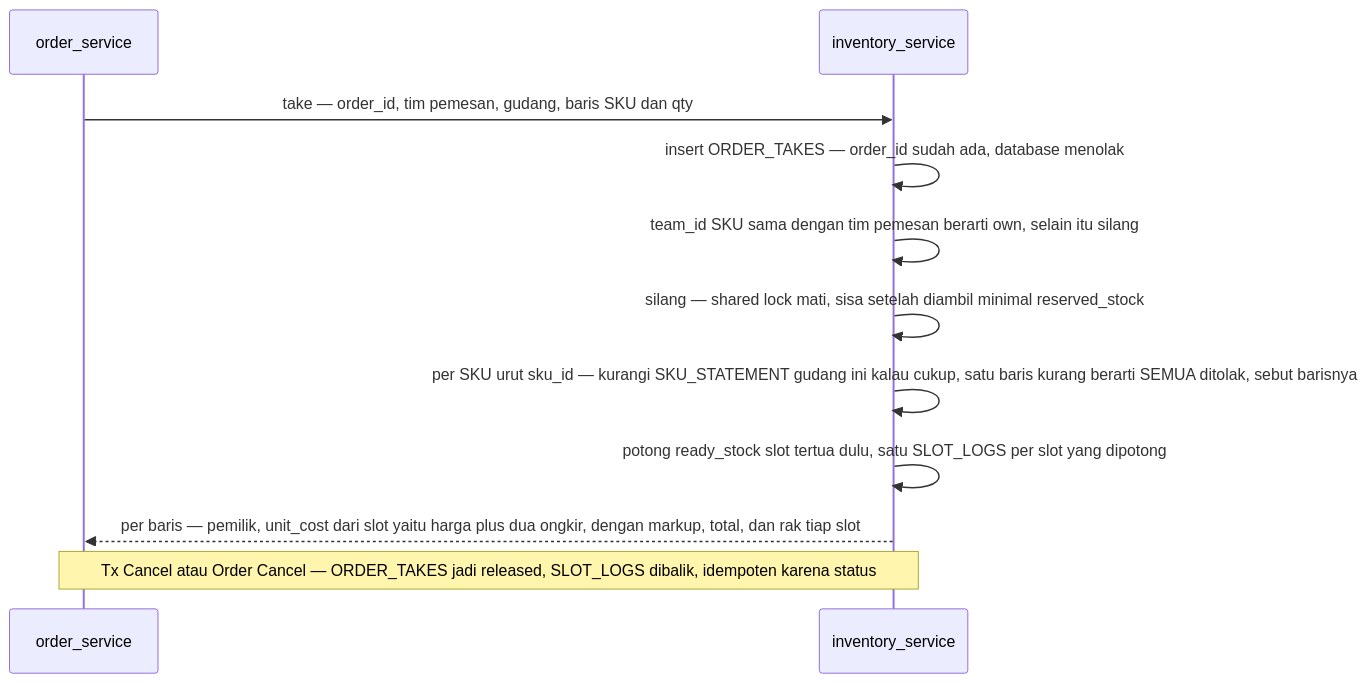
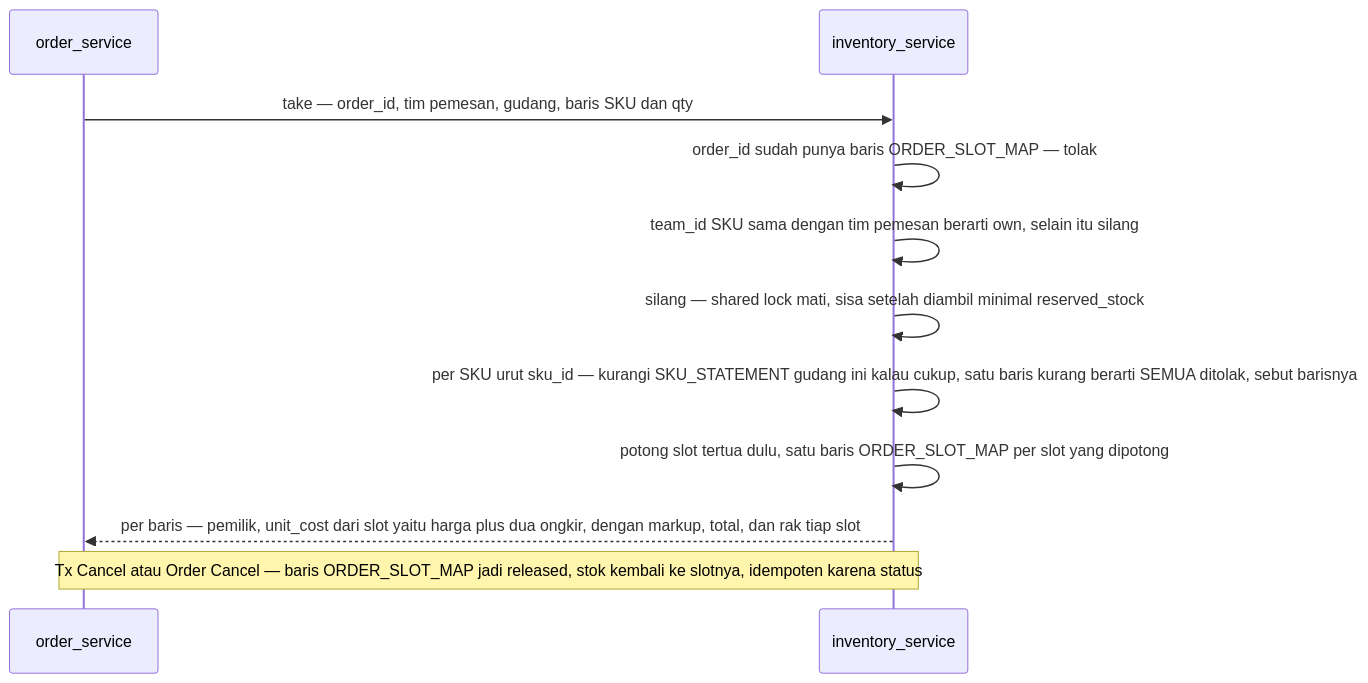
One commit to pdcgo/warehouse_revamp changed the eighth of 13 diagrams in docs/business/stock_thoni/context_clarify.md. Above: the diagram before and after it, drawn with Mermaid. The commit also changed other lines of this file and 7 other files, not shown here.

````diff
--- a/docs/business/stock_thoni/context_clarify.md
+++ b/docs/business/stock_thoni/context_clarify.md
@@ -811,13 +836,13 @@
 ```mermaid
 sequenceDiagram
   participant O as order_service
   participant I as inventory_service
   O->>I: take — order_id, tim pemesan, gudang, baris SKU dan qty
-  I->>I: insert ORDER_TAKES — order_id sudah ada, database menolak
+  I->>I: order_id sudah punya baris ORDER_SLOT_MAP — tolak
   I->>I: team_id SKU sama dengan tim pemesan berarti own, selain itu silang
   I->>I: silang — shared lock mati, sisa setelah diambil minimal reserved_stock
   I->>I: per SKU urut sku_id — kurangi SKU_STATEMENT gudang ini kalau cukup, satu baris kurang berarti SEMUA ditolak, sebut barisnya
-  I->>I: potong ready_stock slot tertua dulu, satu SLOT_LOGS per slot yang dipotong
+  I->>I: potong slot tertua dulu, satu baris ORDER_SLOT_MAP per slot yang dipotong
   I-->>O: per baris — pemilik, unit_cost dari slot yaitu harga plus dua ongkir, dengan markup, total, dan rak tiap slot
-  Note over O,I: Tx Cancel atau Order Cancel — ORDER_TAKES jadi released, SLOT_LOGS dibalik, idempoten karena status
+  Note over O,I: Tx Cancel atau Order Cancel — baris ORDER_SLOT_MAP jadi released, stok kembali ke slotnya, idempoten karena status
 ```
````
